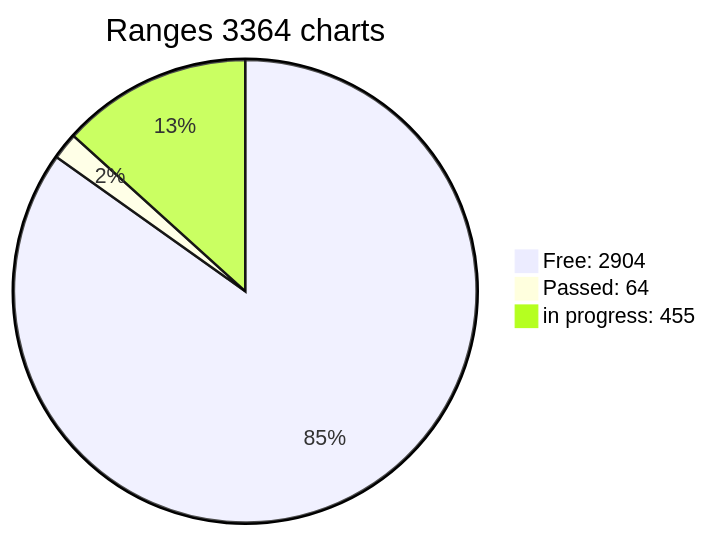
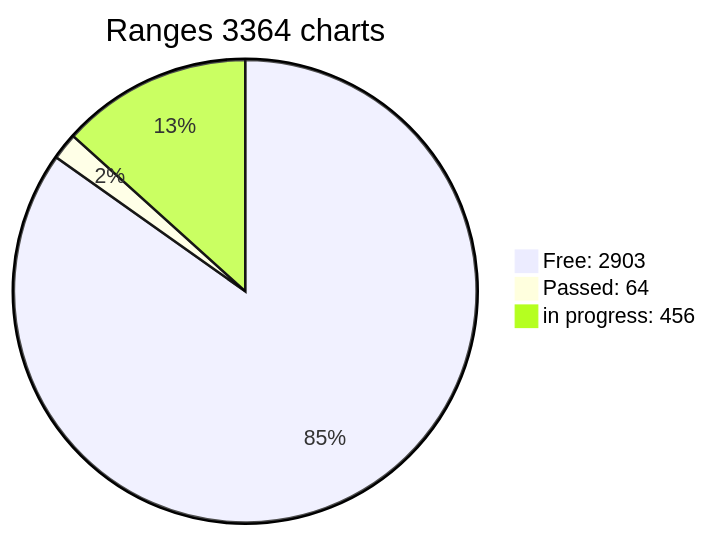
One commit to phrutis/wif500 changed the diagram in x64/Release/table.md. Above: the diagram before and after it, drawn with Mermaid. The commit also changed other lines of this file, not shown here.

````diff
--- a/x64/Release/table.md
+++ b/x64/Release/table.md
@@ -3,6 +3,6 @@
 ```mermaid
 pie title Ranges 3364 charts
-"Free: 2904" : 2904
+"Free: 2903" : 2903
 "Passed: 64" : 64
-"in progress: 455" : 455
+"in progress: 456" : 456
 ```  
````
